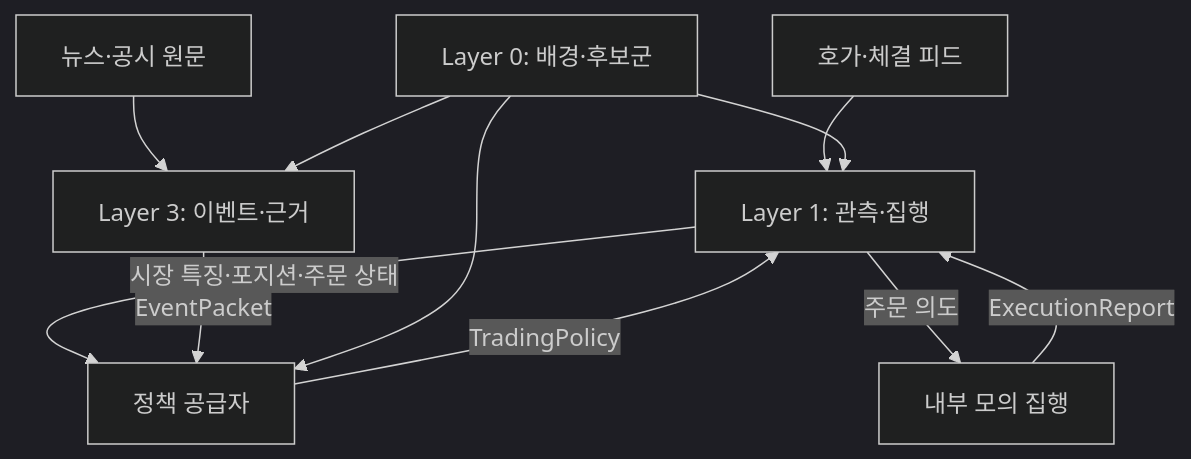
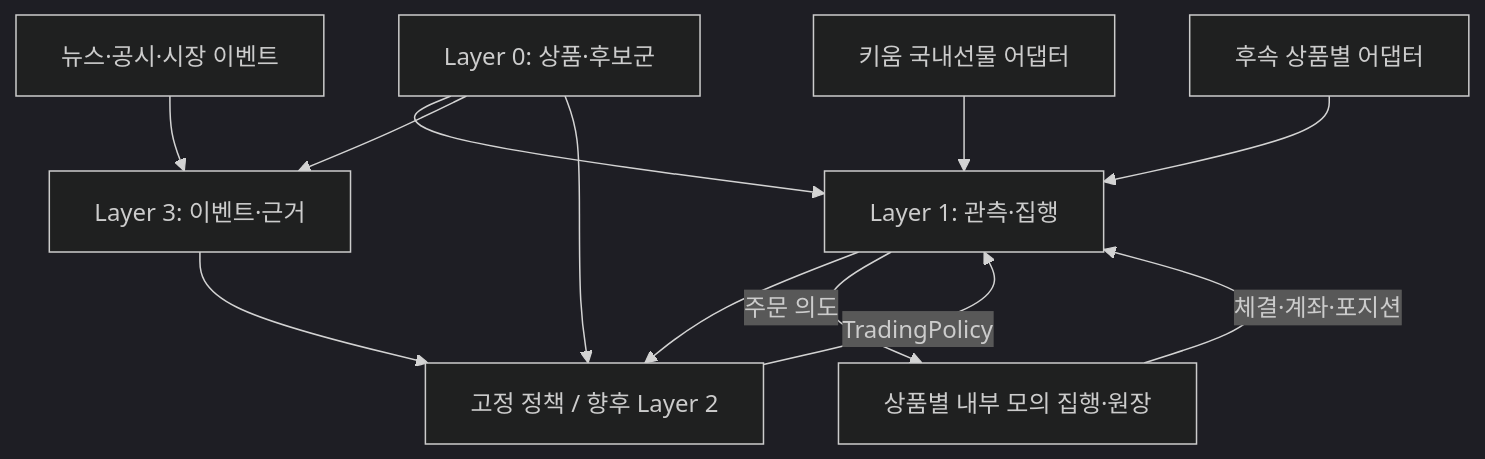
One commit to TheMostEvident/quant-trading-system changed the diagram in docs/scope.md. Above: the diagram before and after it, drawn with Mermaid (dark theme). The commit also changed other lines of this file and 5 other files, not shown here.

````diff
--- a/docs/scope.md
+++ b/docs/scope.md
@@ -40,13 +39,14 @@
 ```mermaid
 flowchart TD
-    Feed["호가·체결 피드"] --> L1["Layer 1: 관측·집행"]
-    Docs["뉴스·공시 원문"] --> L3["Layer 3: 이벤트·근거"]
-    L0["Layer 0: 배경·후보군"] --> L1
+    K["키움 국내선물 어댑터"] --> L1["Layer 1: 관측·집행"]
+    Other["후속 상품별 어댑터"] --> L1
+    D["뉴스·공시·시장 이벤트"] --> L3["Layer 3: 이벤트·근거"]
+    L0["Layer 0: 상품·후보군"] --> L1
     L0 --> L3
-    L1 -->|"시장 특징·포지션·주문 상태"| Policy["정책 공급자"]
-    L3 -->|"EventPacket"| Policy
-    L0 --> Policy
-    Policy -->|"TradingPolicy"| L1
-    L1 -->|"주문 의도"| Paper["내부 모의 집행"]
-    Paper -->|"ExecutionReport"| L1
+    L1 --> P["고정 정책 / 향후 Layer 2"]
+    L3 --> P
+    L0 --> P
+    P -->|"TradingPolicy"| L1
+    L1 -->|"주문 의도"| Sim["상품별 내부 모의 집행·원장"]
+    Sim -->|"체결·계좌·포지션"| L1
 ```
````
